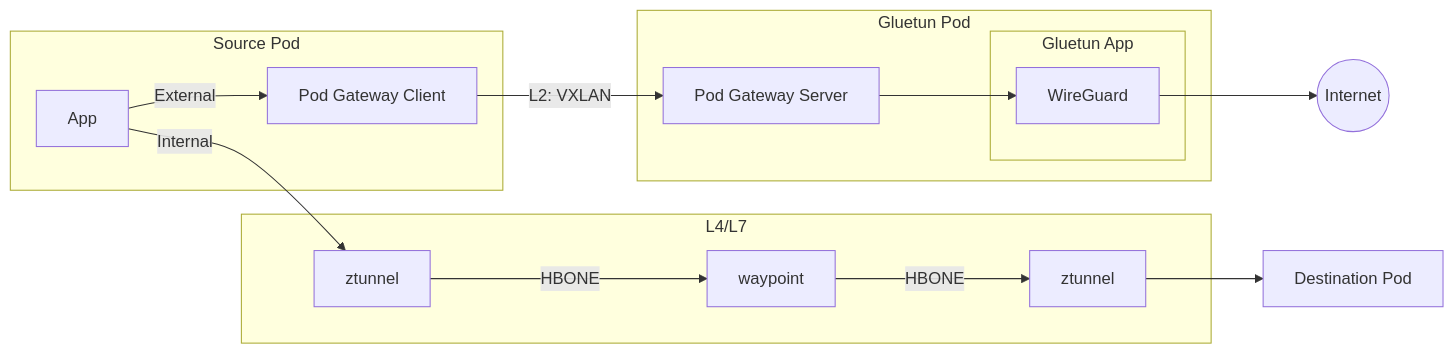
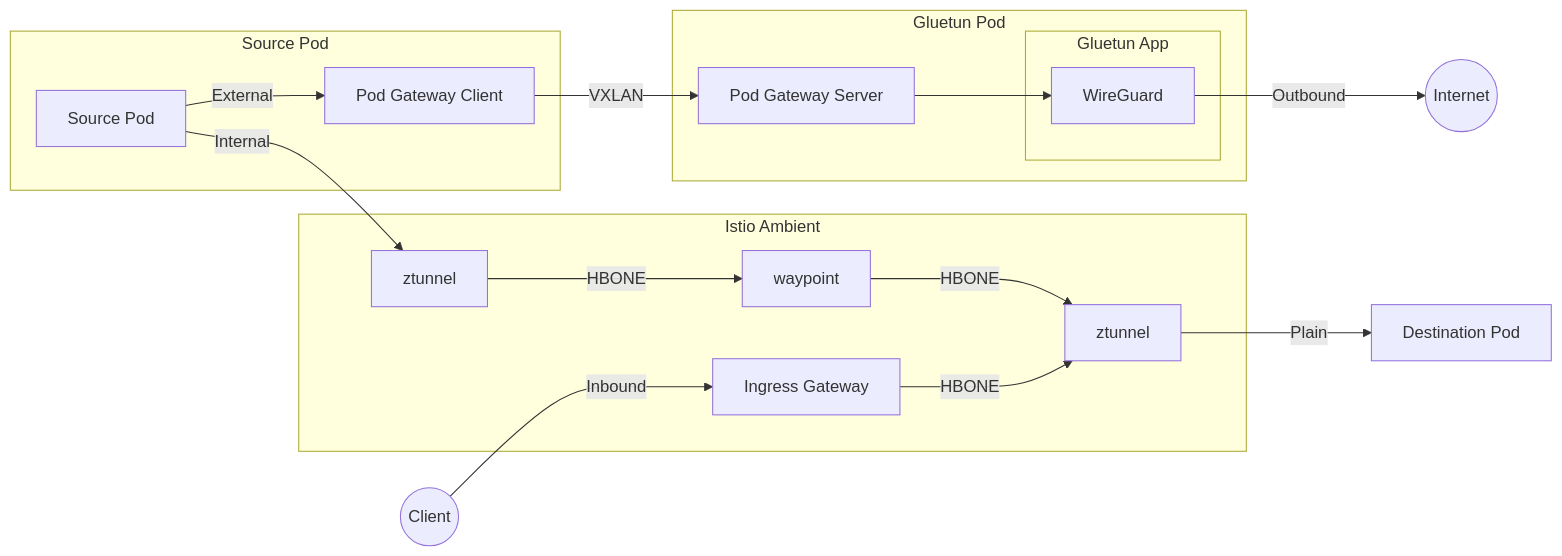
The fourth of 4 diagrams in docs/security/network.md (charmarr/charmarr), drawn with Mermaid before and after one commit. The commit also changed other lines of this file and 3 other files, not shown here.

````diff
--- a/docs/security/network.md
+++ b/docs/security/network.md
@@ -162,32 +188,36 @@
 ```mermaid
 flowchart LR
     subgraph Source Pod
-        App[App]
+        SrcPod[Source Pod]
         PGC[Pod Gateway Client]
     end
 
     subgraph Gluetun Pod
         PGS[Pod Gateway Server]
         subgraph Gluetun App
             WG[WireGuard]
         end
     end
 
-    subgraph L4/L7
+    subgraph Istio Ambient
         SrcZT[ztunnel]
         WP[waypoint]
         DstZT[ztunnel]
+        GW[Ingress Gateway]
     end
 
     Dst[Destination Pod]
 
-    App -->|External| PGC
-    PGC -->|L2: VXLAN| PGS
+    SrcPod -->|External| PGC
+    PGC -->|VXLAN| PGS
     PGS --> WG
-    WG --> Internet((Internet))
+    WG -->|Outbound| Internet((Internet))
 
-    App -->|Internal| SrcZT
+    SrcPod -->|Internal| SrcZT
     SrcZT -->|HBONE| WP
     WP -->|HBONE| DstZT
-    DstZT --> Dst
+    DstZT -->|Plain| Dst
+
+    Client((Client)) -->|Inbound| GW
+    GW -->|HBONE| DstZT
 ```
````
